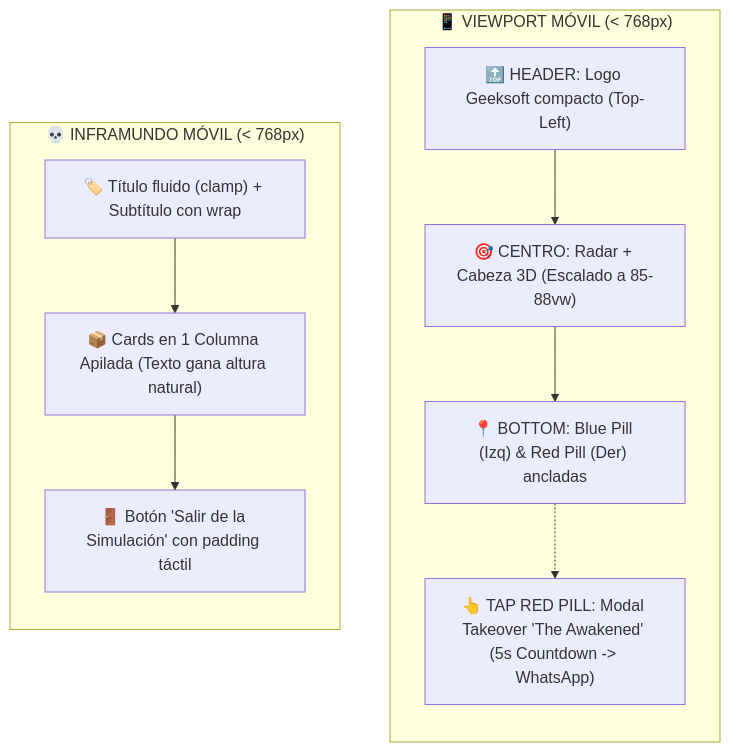
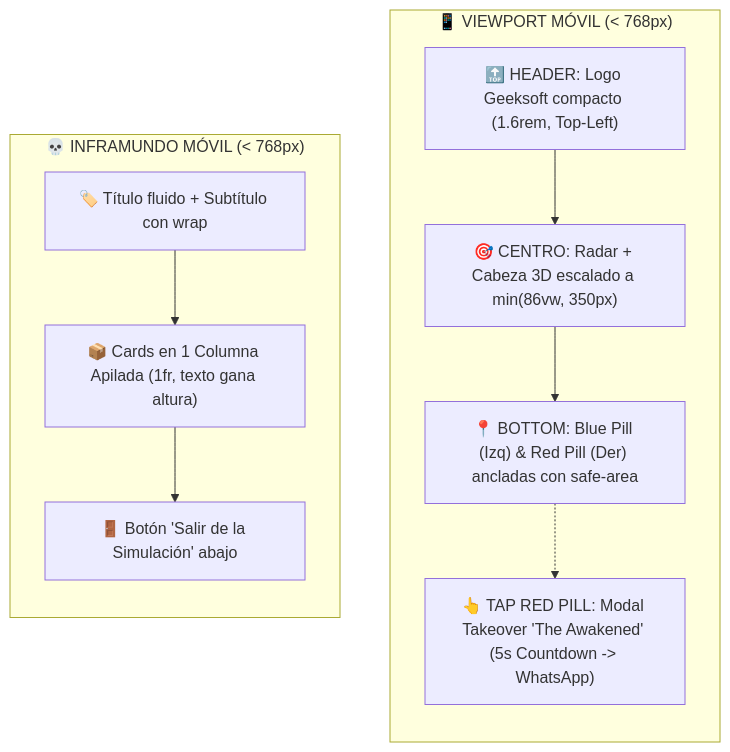
One commit to RichGutz/web.geeksoft changed the diagram in WEB.GEEKSOFT/responsividad.md. Above: the diagram before and after it, drawn with Mermaid. The commit also changed other lines of this file and 3 other files, not shown here.

````diff
--- a/WEB.GEEKSOFT/responsividad.md
+++ b/WEB.GEEKSOFT/responsividad.md
@@ -60,21 +48,21 @@
 ```mermaid
 graph TD
     subgraph VIEWPORT_MOBILE ["📱 VIEWPORT MÓVIL (< 768px)"]
         direction TB
-        M_TOP["🔝 HEADER: Logo Geeksoft compacto (Top-Left)"]
-        M_MID["🎯 CENTRO: Radar + Cabeza 3D (Escalado a 85-88vw)"]
-        M_BOT["📍 BOTTOM: Blue Pill (Izq) & Red Pill (Der) ancladas"]
+        M_TOP["🔝 HEADER: Logo Geeksoft compacto (1.6rem, Top-Left)"]
+        M_MID["🎯 CENTRO: Radar + Cabeza 3D escalado a min(86vw, 350px)"]
+        M_BOT["📍 BOTTOM: Blue Pill (Izq) & Red Pill (Der) ancladas con safe-area"]
         M_TAP["👆 TAP RED PILL: Modal Takeover 'The Awakened' (5s Countdown -> WhatsApp)"]
     end
     
     subgraph INFRAMUNDO_MOBILE ["💀 INFRAMUNDO MÓVIL (< 768px)"]
         direction TB
-        I_HEAD["🏷️ Título fluido (clamp) + Subtítulo con wrap"]
-        I_STACK["📦 Cards en 1 Columna Apilada (Texto gana altura natural)"]
-        I_CTA["🚪 Botón 'Salir de la Simulación' con padding táctil"]
+        I_HEAD["🏷️ Título fluido + Subtítulo con wrap"]
+        I_STACK["📦 Cards en 1 Columna Apilada (1fr, texto gana altura)"]
+        I_CTA["🚪 Botón 'Salir de la Simulación' abajo"]
     end
 
     M_TOP --> M_MID --> M_BOT
     M_BOT -.-> M_TAP
     I_HEAD --> I_STACK --> I_CTA
 ```
````
